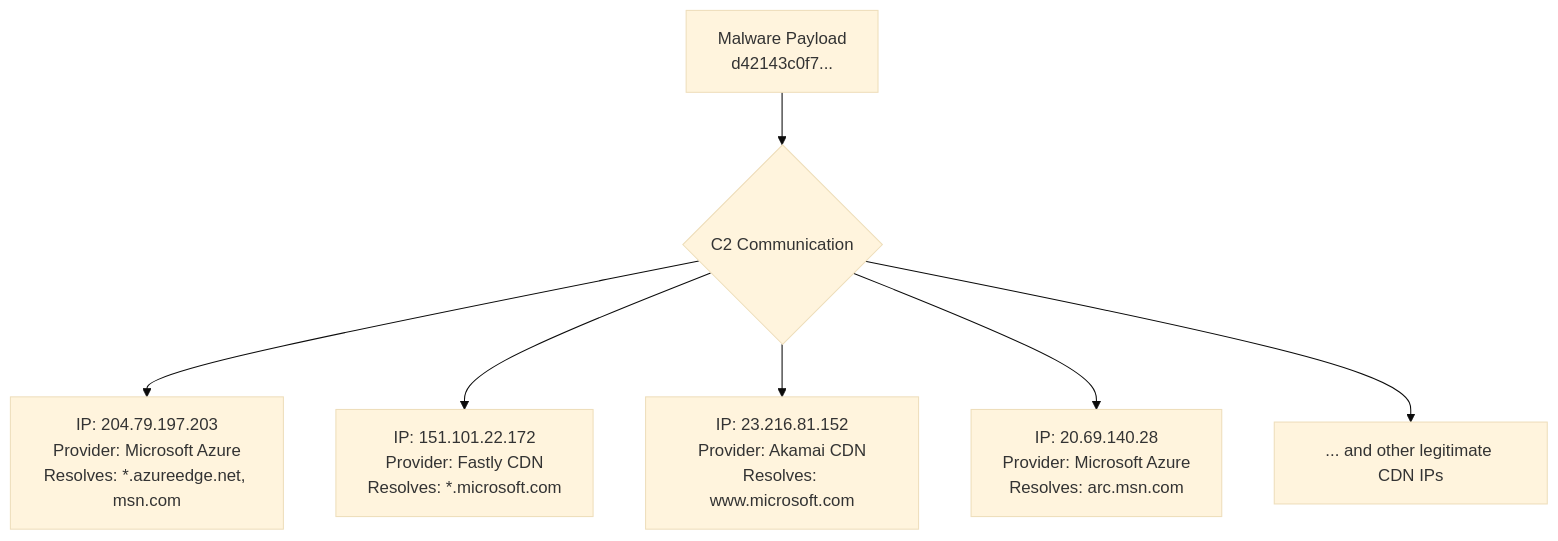
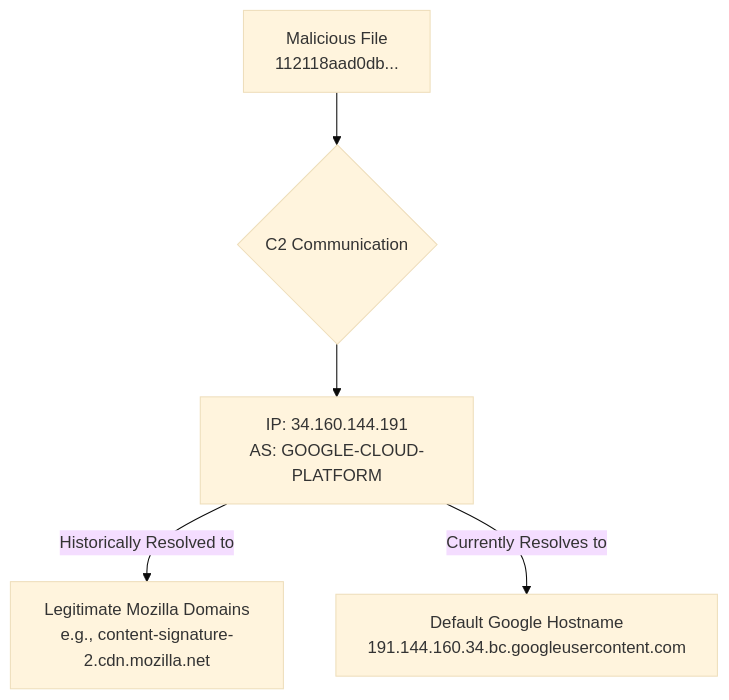
Before and after one commit to repulsivityy/ai_threathunter: the diagram in reports/infrastructure_analysis.md, drawn with Mermaid (base theme). The commit also changed other lines of this file and 2 other files, not shown here.

````diff
--- a/reports/infrastructure_analysis.md
+++ b/reports/infrastructure_analysis.md
@@ -19,9 +12,7 @@
 ```mermaid
 graph TD
-    A[Malware Payload<br>d42143c0f7...] --> B{C2 Communication};
-    B --> C[IP: 204.79.197.203<br>Provider: Microsoft Azure<br>Resolves: *.azureedge.net, msn.com];
-    B --> D[IP: 151.101.22.172<br>Provider: Fastly CDN<br>Resolves: *.microsoft.com];
-    B --> E[IP: 23.216.81.152<br>Provider: Akamai CDN<br>Resolves: www.microsoft.com];
-    B --> F[IP: 20.69.140.28<br>Provider: Microsoft Azure<br>Resolves: arc.msn.com];
-    B --> G[... and other legitimate CDN IPs];
+    A[Malicious File<br>112118aad0db...] --> B{C2 Communication};
+    B --> C[IP: 34.160.144.191<br>AS: GOOGLE-CLOUD-PLATFORM];
+    C -- Historically Resolved to --> D[Legitimate Mozilla Domains<br>e.g., content-signature-2.cdn.mozilla.net];
+    C -- Currently Resolves to --> E[Default Google Hostname<br>191.144.160.34.bc.googleusercontent.com];
 ```
````
